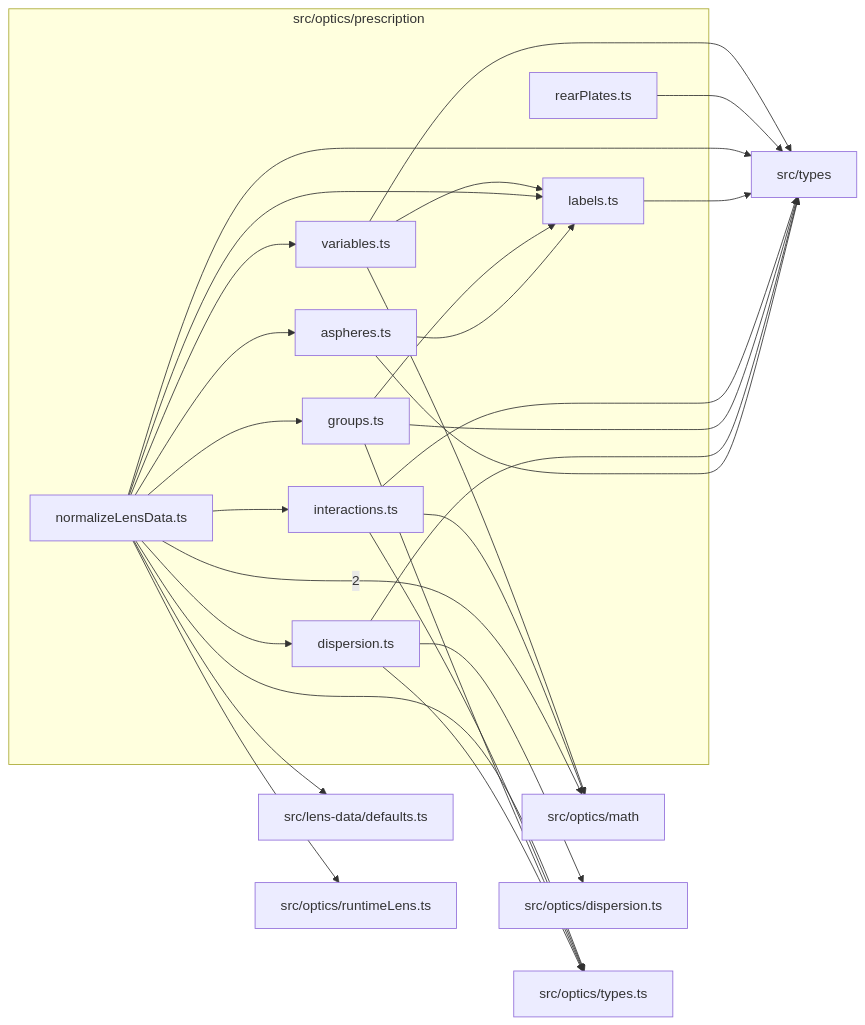
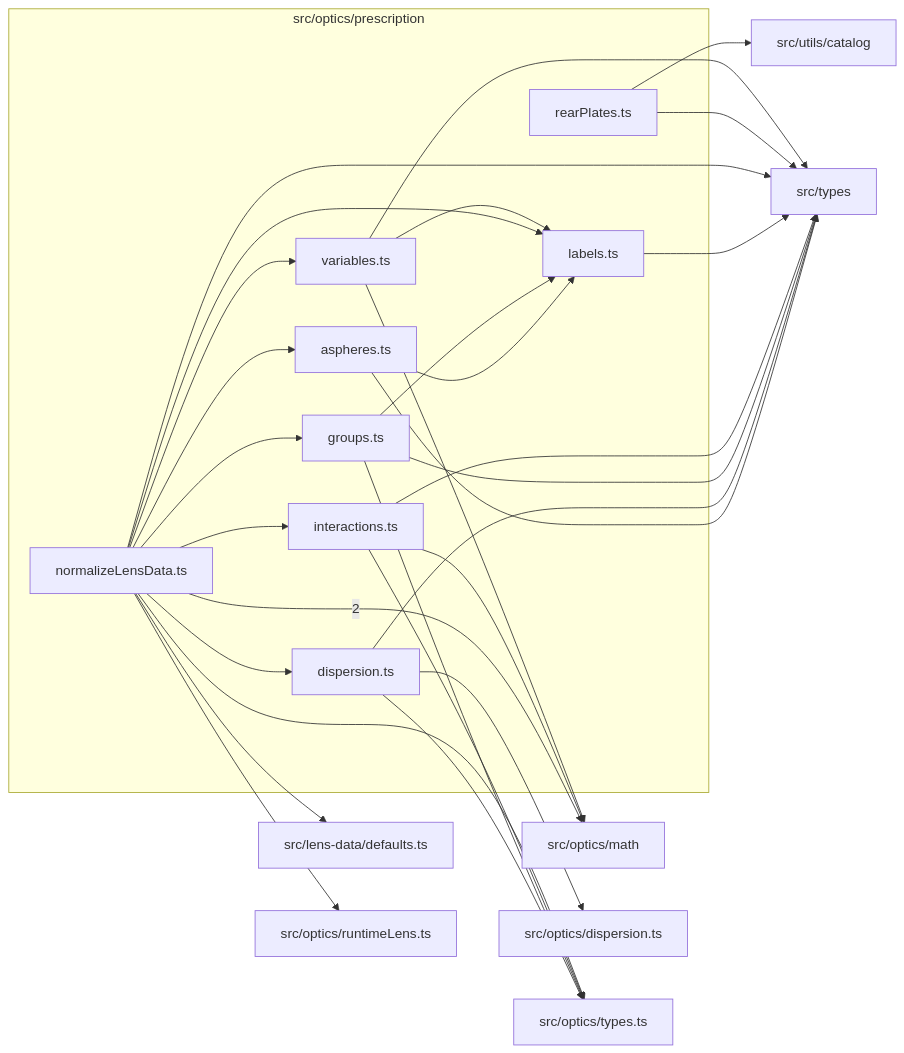
Before and after one commit to ronbuening/LensVisualizer: the diagram in src/optics/prescription/readme.md, drawn with Mermaid. The commit also changed other lines of this file and 197 other files, not shown here.

````diff
--- a/src/optics/prescription/readme.md
+++ b/src/optics/prescription/readme.md
@@ -9,46 +9,48 @@
 ```mermaid
 flowchart LR
   subgraph n_src_optics_prescription["src/optics/prescription"]
     n_src_optics_prescription_src_optics_prescription_aspheres_ts["aspheres.ts"]
     n_src_optics_prescription_src_optics_prescription_dispersion_ts["dispersion.ts"]
     n_src_optics_prescription_src_optics_prescription_groups_ts["groups.ts"]
     n_src_optics_prescription_src_optics_prescription_interactions_ts["interactions.ts"]
     n_src_optics_prescription_src_optics_prescription_labels_ts["labels.ts"]
     n_src_optics_prescription_src_optics_prescription_normalizeLensData_ts["normalizeLensData.ts"]
     n_src_optics_prescription_src_optics_prescription_rearPlates_ts["rearPlates.ts"]
     n_src_optics_prescription_src_optics_prescription_variables_ts["variables.ts"]
   end
   n_external_src_optics_math["src/optics/math"]
   n_external_src_lens_data_defaults_ts["src/lens-data/defaults.ts"]
   n_external_src_optics_dispersion_ts["src/optics/dispersion.ts"]
   n_external_src_optics_runtimeLens_ts["src/optics/runtimeLens.ts"]
   n_external_src_optics_types_ts["src/optics/types.ts"]
   n_external_src_types["src/types"]
+  n_external_src_utils_catalog["src/utils/catalog"]
   n_src_optics_prescription_src_optics_prescription_normalizeLensData_ts --> |2| n_external_src_optics_math
   n_src_optics_prescription_src_optics_prescription_normalizeLensData_ts --> n_external_src_lens_data_defaults_ts
   n_src_optics_prescription_src_optics_prescription_dispersion_ts --> n_external_src_optics_dispersion_ts
   n_src_optics_prescription_src_optics_prescription_interactions_ts --> n_external_src_optics_math
   n_src_optics_prescription_src_optics_prescription_variables_ts --> n_external_src_optics_math
   n_src_optics_prescription_src_optics_prescription_normalizeLensData_ts --> n_external_src_optics_runtimeLens_ts
   n_src_optics_prescription_src_optics_prescription_dispersion_ts --> n_external_src_optics_types_ts
   n_src_optics_prescription_src_optics_prescription_groups_ts --> n_external_src_optics_types_ts
   n_src_optics_prescription_src_optics_prescription_interactions_ts --> n_external_src_optics_types_ts
   n_src_optics_prescription_src_optics_prescription_normalizeLensData_ts --> n_external_src_optics_types_ts
   n_src_optics_prescription_src_optics_prescription_aspheres_ts --> n_external_src_types
   n_src_optics_prescription_src_optics_prescription_dispersion_ts --> n_external_src_types
   n_src_optics_prescription_src_optics_prescription_groups_ts --> n_external_src_types
   n_src_optics_prescription_src_optics_prescription_interactions_ts --> n_external_src_types
   n_src_optics_prescription_src_optics_prescription_labels_ts --> n_external_src_types
   n_src_optics_prescription_src_optics_prescription_normalizeLensData_ts --> n_external_src_types
   n_src_optics_prescription_src_optics_prescription_rearPlates_ts --> n_external_src_types
   n_src_optics_prescription_src_optics_prescription_variables_ts --> n_external_src_types
+  n_src_optics_prescription_src_optics_prescription_rearPlates_ts --> n_external_src_utils_catalog
   n_src_optics_prescription_src_optics_prescription_normalizeLensData_ts --> n_src_optics_prescription_src_optics_prescription_aspheres_ts
   n_src_optics_prescription_src_optics_prescription_normalizeLensData_ts --> n_src_optics_prescription_src_optics_prescription_dispersion_ts
   n_src_optics_prescription_src_optics_prescription_normalizeLensData_ts --> n_src_optics_prescription_src_optics_prescription_groups_ts
   n_src_optics_prescription_src_optics_prescription_normalizeLensData_ts --> n_src_optics_prescription_src_optics_prescription_interactions_ts
   n_src_optics_prescription_src_optics_prescription_aspheres_ts --> n_src_optics_prescription_src_optics_prescription_labels_ts
   n_src_optics_prescription_src_optics_prescription_groups_ts --> n_src_optics_prescription_src_optics_prescription_labels_ts
   n_src_optics_prescription_src_optics_prescription_normalizeLensData_ts --> n_src_optics_prescription_src_optics_prescription_labels_ts
   n_src_optics_prescription_src_optics_prescription_variables_ts --> n_src_optics_prescription_src_optics_prescription_labels_ts
   n_src_optics_prescription_src_optics_prescription_normalizeLensData_ts --> n_src_optics_prescription_src_optics_prescription_variables_ts
 ```
````
